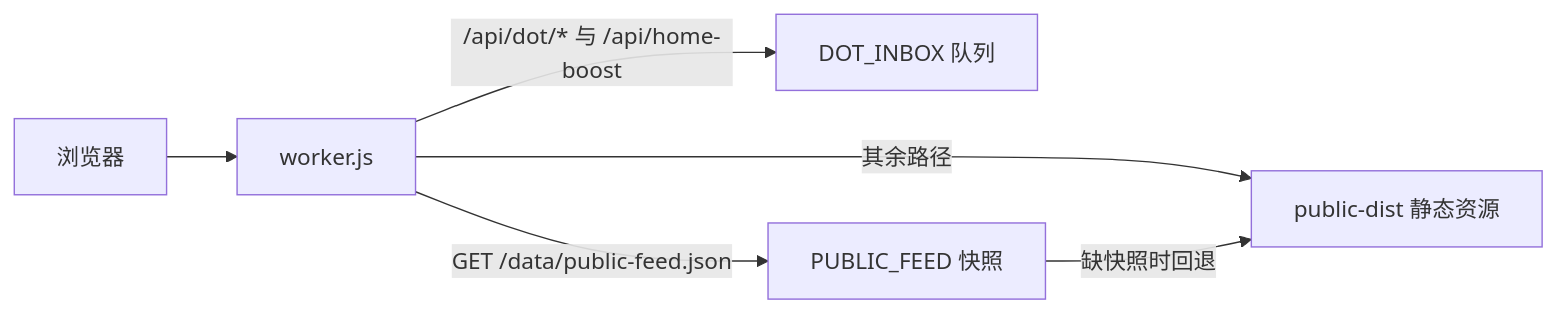
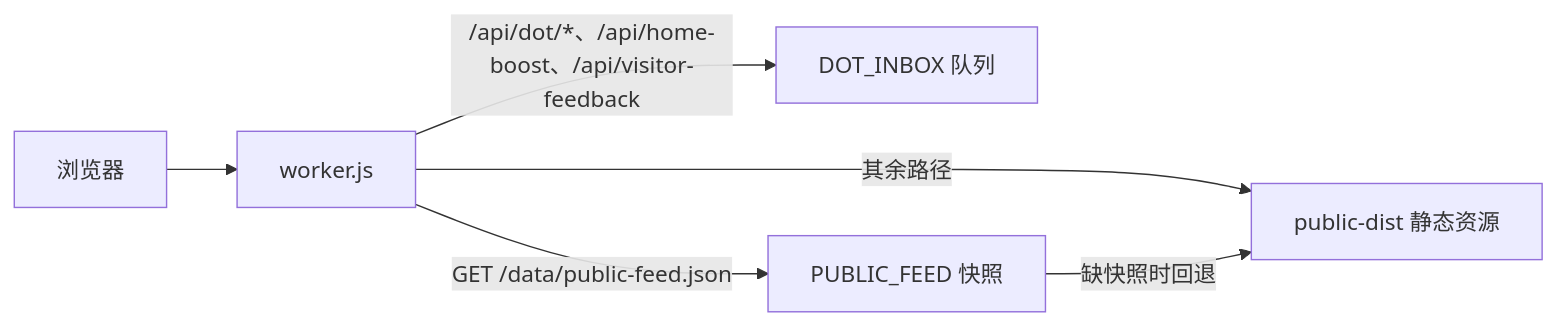
Before and after one commit to WoYun520/woyun-feed: the diagram in docs/architecture.md, drawn with Mermaid. The commit also changed other lines of this file and 24 other files, not shown here.

````diff
--- a/docs/architecture.md
+++ b/docs/architecture.md
@@ -9,13 +9,13 @@
 ```mermaid
 flowchart LR
   browser[浏览器]
   worker[worker.js]
   assets[public-dist 静态资源]
   pending["DOT_INBOX 队列"]
   feed["PUBLIC_FEED 快照"]
   browser --> worker
-  worker -->|"/api/dot/* 与 /api/home-boost"| pending
+  worker -->|"/api/dot/*、/api/home-boost、/api/visitor-feedback"| pending
   worker -->|GET /data/public-feed.json| feed
   worker -->|其余路径| assets
   feed -->|缺快照时回退| assets
 ```
````
